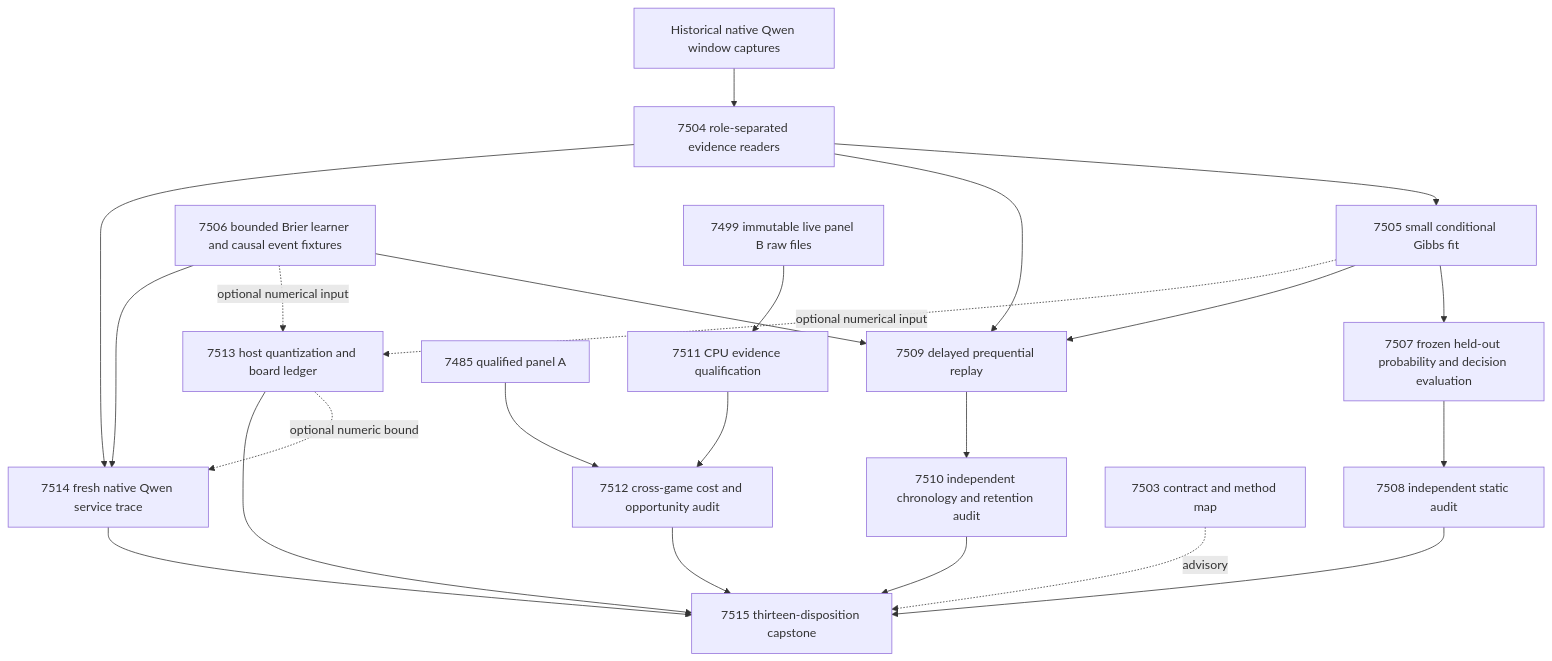
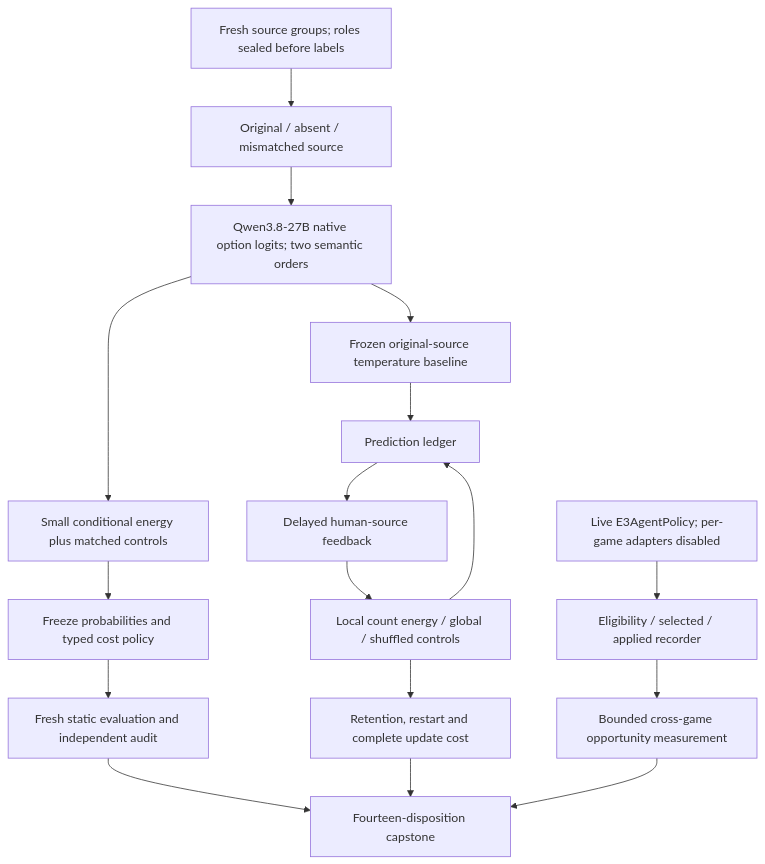
Before and after one commit to Carnot-EBM/carnot-ebm: the first of 2 diagrams in openspec/change-proposals/research-roadmap-vNEXT.md, drawn with Mermaid. The commit also changed other lines of this file and 17 other files, not shown here.

````diff
--- a/openspec/change-proposals/research-roadmap-vNEXT.md
+++ b/openspec/change-proposals/research-roadmap-vNEXT.md
@@ -123,25 +76,19 @@
 ```mermaid
 flowchart TD
-  Q[Historical native Qwen window captures] --> R[7504 role-separated evidence readers]
-  R --> F[7505 small conditional Gibbs fit]
-  F --> S[7507 frozen held-out probability and decision evaluation]
-  S --> SA[7508 independent static audit]
-  P[7506 bounded Brier learner and causal event fixtures] --> O[7509 delayed prequential replay]
-  R --> O
-  F --> O
-  O --> OA[7510 independent chronology and retention audit]
-  B[7499 immutable live panel B raw files] --> BR[7511 CPU evidence qualification]
-  A[7485 qualified panel A] --> AR[7512 cross-game cost and opportunity audit]
-  BR --> AR
-  F -. optional numerical input .-> H[7513 host quantization and board ledger]
-  P -. optional numerical input .-> H
-  R --> T[7514 fresh native Qwen service trace]
-  P --> T
-  H -. optional numeric bound .-> T
-  SA --> C[7515 thirteen-disposition capstone]
-  OA --> C
-  AR --> C
-  H --> C
-  T --> C
-  M[7503 contract and method map] -. advisory .-> C
+    A[Fresh source groups; roles sealed before labels] --> B[Original / absent / mismatched source]
+    B --> C[Qwen3.8-27B native option logits; two semantic orders]
+    C --> D[Small conditional energy plus matched controls]
+    D --> E[Freeze probabilities and typed cost policy]
+    E --> F[Fresh static evaluation and independent audit]
+    C --> G[Frozen original-source temperature baseline]
+    G --> H[Prediction ledger]
+    H --> I[Delayed human-source feedback]
+    I --> J[Local count energy / global / shuffled controls]
+    J --> H
+    J --> K[Retention, restart and complete update cost]
+    L[Live E3AgentPolicy; per-game adapters disabled] --> M[Eligibility / selected / applied recorder]
+    M --> N[Bounded cross-game opportunity measurement]
+    F --> O[Fourteen-disposition capstone]
+    K --> O
+    N --> O
 ```
````
